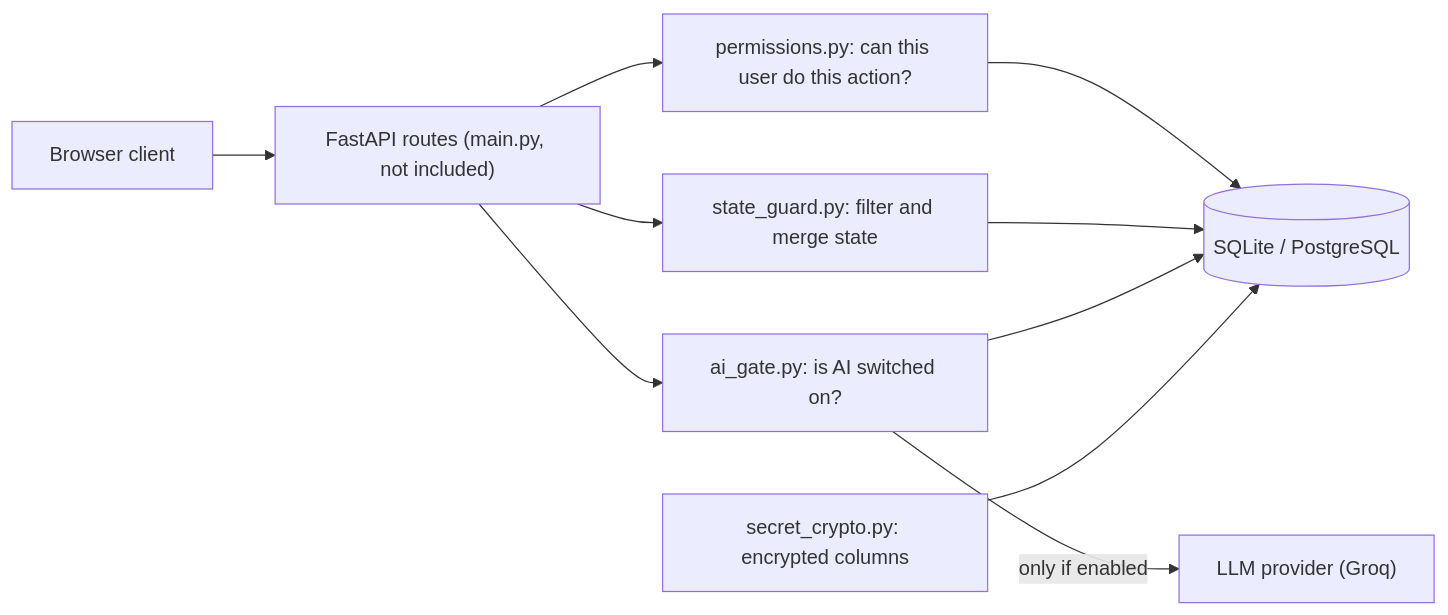
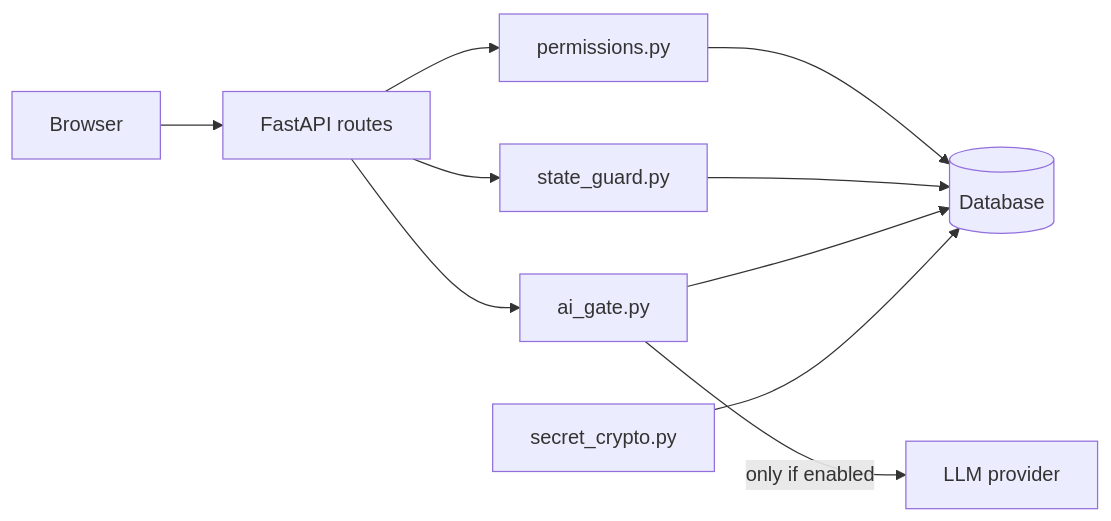
Before and after one commit to salsaNZ12/alsa-showcase: the diagram in README.md, drawn with Mermaid.

Commit message:
Shorten diagram labels

````diff
--- a/README.md
+++ b/README.md
@@ -36,12 +36,12 @@
 ```mermaid
 flowchart LR
-    Client["Browser client"] --> API["FastAPI routes (main.py, not included)"]
-    API --> Perm["permissions.py: can this user do this action?"]
-    API --> Gate["ai_gate.py: is AI switched on?"]
-    API --> Guard["state_guard.py: filter and merge state"]
-    Gate -->|"only if enabled"| LLM["LLM provider (Groq)"]
-    Perm --> DB[("SQLite / PostgreSQL")]
+    Client["Browser"] --> API["FastAPI routes"]
+    API --> Perm["permissions.py"]
+    API --> Gate["ai_gate.py"]
+    API --> Guard["state_guard.py"]
+    Gate -->|"only if enabled"| LLM["LLM provider"]
+    Perm --> DB[("Database")]
     Guard --> DB
     Gate --> DB
-    Crypto["secret_crypto.py: encrypted columns"] --> DB
+    Crypto["secret_crypto.py"] --> DB
 ```
````
